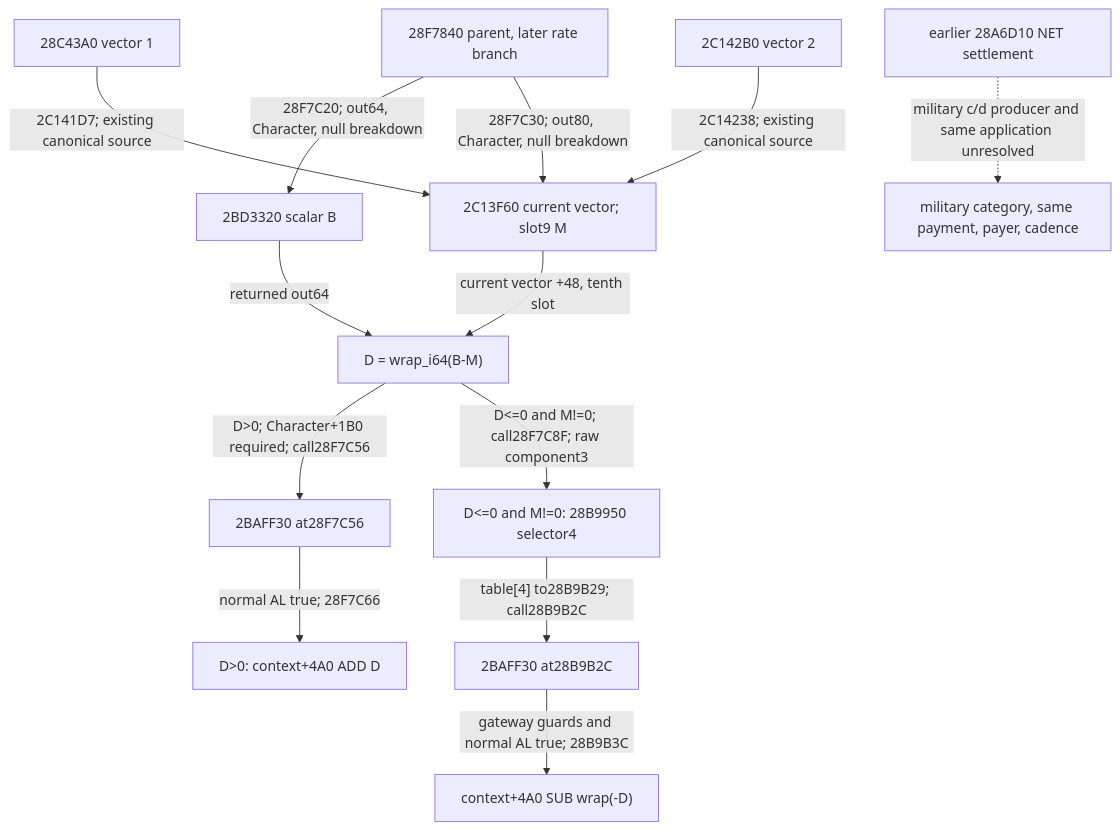
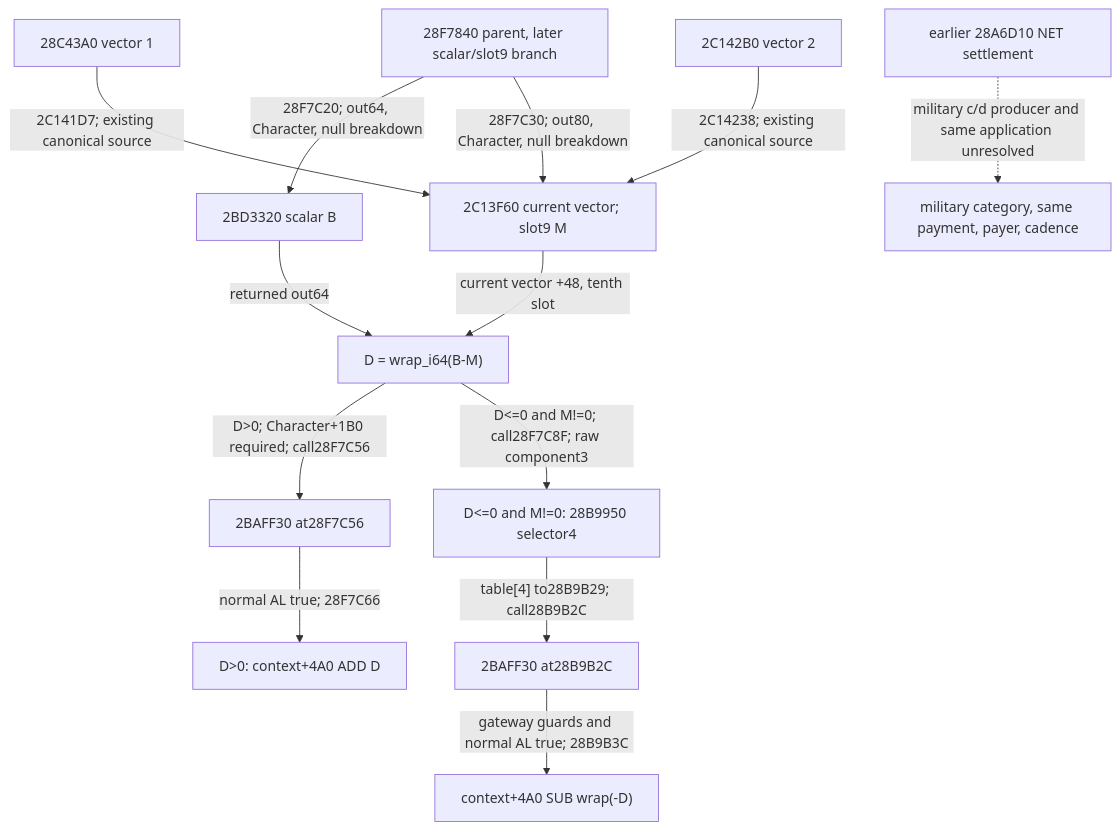
The first of 3 diagrams in docs/ck3-native-ai/episode04-r08-rate-resource4-application-12004.md (XenoAmess/ck3_eternal_recurrence), drawn with Mermaid before and after one commit. The commit also changed other lines of this file and 101 other files, not shown here.

````diff
--- a/docs/ck3-native-ai/episode04-r08-rate-resource4-application-12004.md
+++ b/docs/ck3-native-ai/episode04-r08-rate-resource4-application-12004.md
@@ -33,28 +33,28 @@
 ```mermaid
 flowchart TD
-  parent["28F7840 parent, later rate branch"]
+  parent["28F7840 parent, later scalar/slot9 branch"]
   scalar["2BD3320 scalar B"]
   v1["28C43A0 vector 1"]
   v2["2C142B0 vector 2"]
   current["2C13F60 current vector; slot9 M"]
   delta["D = wrap_i64(B-M)"]
   gate_pos["2BAFF30 at28F7C56"]
   add["D>0: context+4A0 ADD D"]
   gateway["D<=0 and M!=0: 28B9950 selector4"]
   gate_sub["2BAFF30 at28B9B2C"]
   sub["context+4A0 SUB wrap(-D)"]
   net["earlier 28A6D10 NET settlement"]
   paid["military category, same payment, payer, cadence"]
   parent -->|"28F7C20; out64, Character, null breakdown"| scalar
   v1 -->|"2C141D7; existing canonical source"| current
   v2 -->|"2C14238; existing canonical source"| current
   parent -->|"28F7C30; out80, Character, null breakdown"| current
   scalar -->|"returned out64"| delta
   current -->|"current vector +48, tenth slot"| delta
   delta -->|"D>0; Character+1B0 required; call28F7C56"| gate_pos
   gate_pos -->|"normal AL true; 28F7C66"| add
   delta -->|"D<=0 and M!=0; call28F7C8F; raw component3"| gateway
   gateway -->|"table[4] to28B9B29; call28B9B2C"| gate_sub
   gate_sub -->|"gateway guards and normal AL true; 28B9B3C"| sub
   net -.->|"military c/d producer and same application unresolved"| paid
 ```
````
